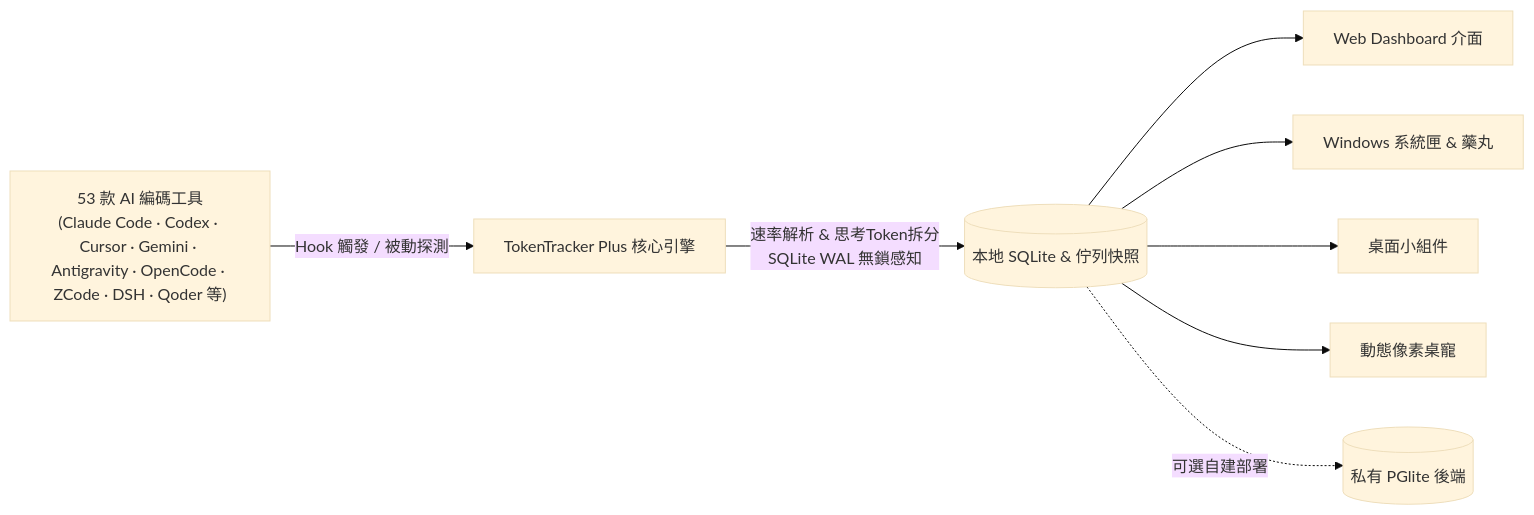
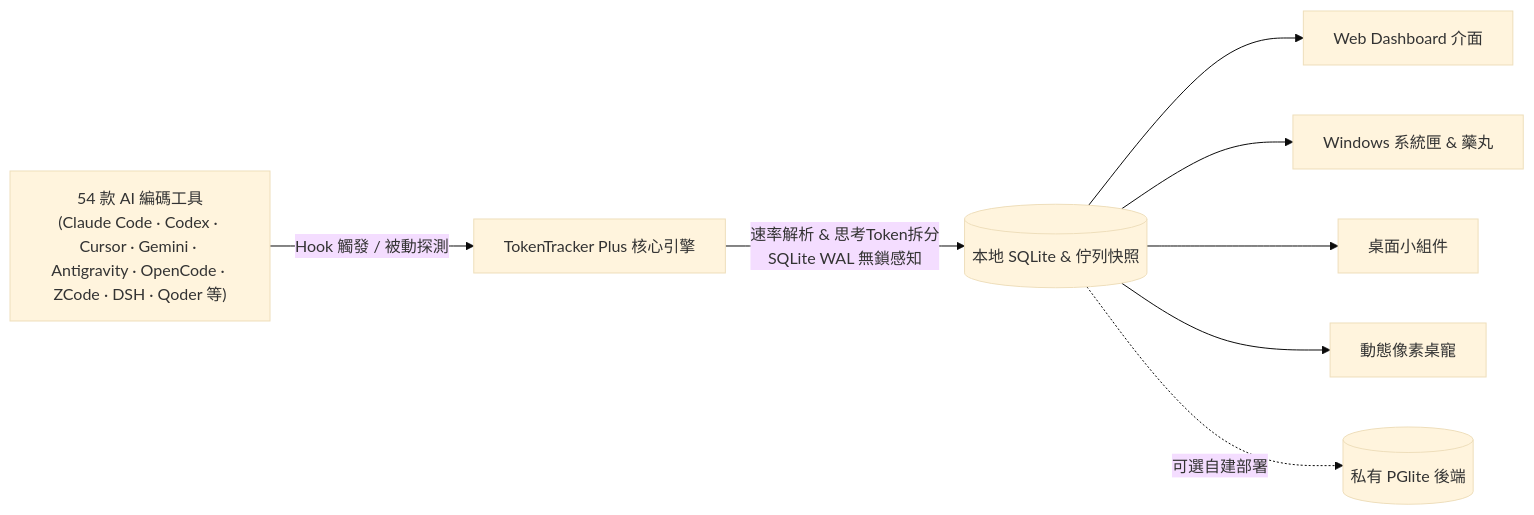
One commit to 01UNCLEDOG01/TokenTracker-Plus changed the diagram in README.zh-TW.md. Above: the diagram before and after it, drawn with Mermaid (base theme). The commit also changed other lines of this file and 29 other files, not shown here.

First line of the commit message:
feat(sources): 小米 MiMo 正名换真图标 + 新增 Magpie 网关卡片，网关行按客户端归属并迁移历史账

````diff
--- a/README.zh-TW.md
+++ b/README.zh-TW.md
@@ -198,10 +199,10 @@
 ```mermaid
 flowchart LR
-    A["53 款 AI 編碼工具<br/>(Claude Code · Codex · Cursor · Gemini · Antigravity · OpenCode · ZCode · DSH · Qoder 等)"] -->|Hook 觸發 / 被動探測| B[TokenTracker Plus 核心引擎]
+    A["54 款 AI 編碼工具<br/>(Claude Code · Codex · Cursor · Gemini · Antigravity · OpenCode · ZCode · DSH · Qoder 等)"] -->|Hook 觸發 / 被動探測| B[TokenTracker Plus 核心引擎]
     B -->|速率解析 & 思考Token拆分<br/>SQLite WAL 無鎖感知| C[(本地 SQLite & 佇列快照)]
     C --> D[Web Dashboard 介面]
     C --> E[Windows 系統匣 & 藥丸]
     C --> F[桌面小組件]
     C --> G[動態像素桌寵]
     C -.->|可選自建部署| H[(私有 PGlite 後端)]
 ```
````
